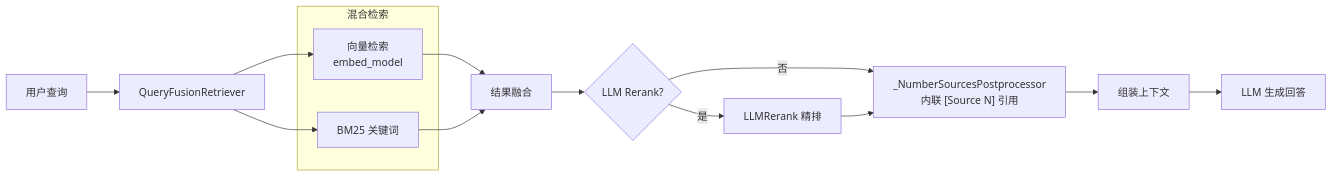
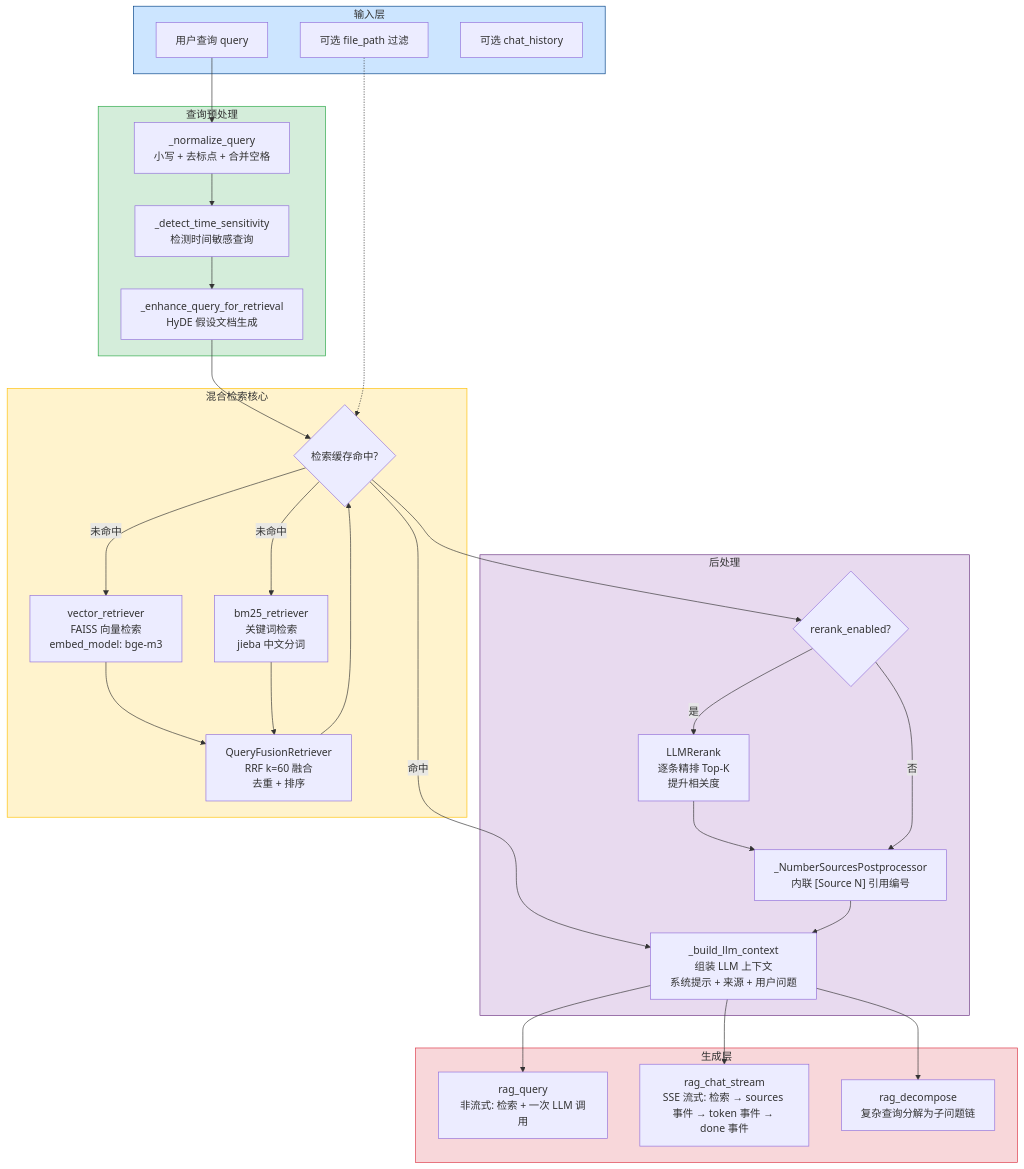
Before and after one commit to effiy/YrY: the first of 2 diagrams in YiKnowledge/projects/yiai/devs/2026-07/01-prd-task-混合检索引擎.md, drawn with Mermaid. The commit also changed other lines of this file and 4958 other files, not shown here.

````diff
--- a/YiKnowledge/projects/yiai/devs/2026-07/01-prd-task-混合检索引擎.md
+++ b/YiKnowledge/projects/yiai/devs/2026-07/01-prd-task-混合检索引擎.md
@@ -34,18 +37,61 @@
 ```mermaid
-flowchart LR
-  Q["用户查询"] --> RET["QueryFusionRetriever"]
-  subgraph RETRIEVERS["混合检索"]
-    VEC["向量检索<br/>embed_model"]
-    BM25["BM25 关键词"]
+flowchart TB
+  subgraph INPUT["输入层"]
+    Q["用户查询 query"]
+    FP["可选 file_path 过滤"]
+    CH["可选 chat_history"]
   end
-  RET --> VEC
-  RET --> BM25
-  VEC --> FUSION["结果融合"]
+
+  subgraph PREPROCESS["查询预处理"]
+    NORM["_normalize_query<br/>小写 + 去标点 + 合并空格"]
+    TIME["_detect_time_sensitivity<br/>检测时间敏感查询"]
+    HYDE["_enhance_query_for_retrieval<br/>HyDE 假设文档生成"]
+  end
+
+  subgraph RETRIEVAL["混合检索核心"]
+    CACHE{"检索缓存命中?"}
+    VEC["vector_retriever<br/>FAISS 向量检索<br/>embed_model: bge-m3"]
+    BM25["bm25_retriever<br/>关键词检索<br/>jieba 中文分词"]
+    FUSION["QueryFusionRetriever<br/>RRF k=60 融合<br/>去重 + 排序"]
+  end
+
+  subgraph POSTPROCESS["后处理"]
+    RERANK{"rerank_enabled?"}
+    LLMR["LLMRerank<br/>逐条精排 Top-K<br/>提升相关度"]
+    NUM["_NumberSourcesPostprocessor<br/>内联 [Source N] 引用编号"]
+    CTX["_build_llm_context<br/>组装 LLM 上下文<br/>系统提示 + 来源 + 用户问题"]
+  end
+
+  subgraph GENERATION["生成层"]
+    SYNC["rag_query<br/>非流式: 检索 + 一次 LLM 调用"]
+    STREAM["rag_chat_stream<br/>SSE 流式: 检索 → sources 事件 → token 事件 → done 事件"]
+    DECOMPOSE["rag_decompose<br/>复杂查询分解为子问题链"]
+  end
+
+  Q --> NORM --> TIME
+  TIME --> HYDE
+  HYDE --> CACHE
+  FP -.-> CACHE
+
+  CACHE -- "命中" --> CTX
+  CACHE -- "未命中" --> VEC
+  CACHE -- "未命中" --> BM25
+  VEC --> FUSION
   BM25 --> FUSION
-  FUSION --> RERANK{"LLM Rerank?"}
-  RERANK -- 是 --> RR["LLMRerank 精排"]
-  RERANK -- 否 --> POST["_NumberSourcesPostprocessor<br/>内联 [Source N] 引用"]
-  RR --> POST
-  POST --> CTX["组装上下文"]
-  CTX --> LLM["LLM 生成回答"]
+  FUSION --> CACHE
+
+  CACHE --> RERANK
+  RERANK -- "是" --> LLMR --> NUM
+  RERANK -- "否" --> NUM
+  NUM --> CTX
+
+  CTX --> SYNC
+  CTX --> STREAM
+  CTX --> DECOMPOSE
+
+  style INPUT fill:#cce5ff,stroke:#004085
+  style PREPROCESS fill:#d4edda,stroke:#28a745
+  style RETRIEVAL fill:#fff3cd,stroke:#ffc107
+  style POSTPROCESS fill:#e8daef,stroke:#6c3483
+  style GENERATION fill:#f8d7da,stroke:#dc3545
 ```
````
